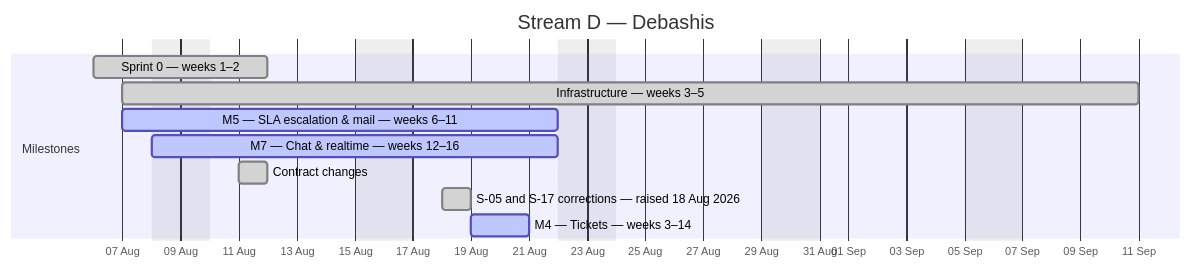
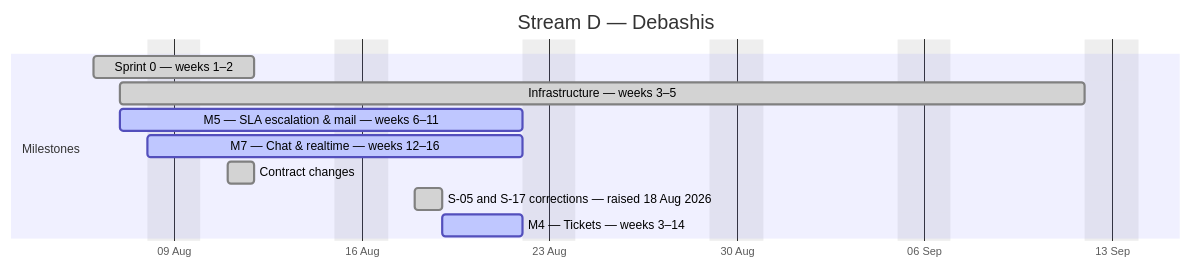
The fourth of 4 diagrams in docs/plan/GANTT.md (debashisedunext/EduTrack), drawn with Mermaid before and after one commit. The commit also changed other lines of this file and 4 other files, not shown here.

````diff
--- a/docs/plan/GANTT.md
+++ b/docs/plan/GANTT.md
@@ -130,15 +130,15 @@
 ```mermaid
 gantt
     dateFormat YYYY-MM-DD
     axisFormat %d %b
     title Stream D — Debashis
     excludes weekends
     section Milestones
     Sprint 0 — weeks 1–2 :done, d0, 2026-08-06, 4d
-    Infrastructure — weeks 3–5 :done, d1, 2026-08-07, 25d
+    Infrastructure — weeks 3–5 :done, d1, 2026-08-07, 26d
     M5 — SLA  escalation & mail — weeks 6–11 :active, d2, 2026-08-07, 11d
     M7 — Chat & realtime — weeks 12–16 :active, d3, 2026-08-08, 11d
     Contract changes :done, d4, 2026-08-11, 1d
     S-05 and S-17 corrections — raised 18 Aug 2026 :done, d5, 2026-08-18, 1d
-    M4 — Tickets — weeks 3–14 :active, d6, 2026-08-19, 2d
+    M4 — Tickets — weeks 3–14 :active, d6, 2026-08-19, 3d
 ```
````
